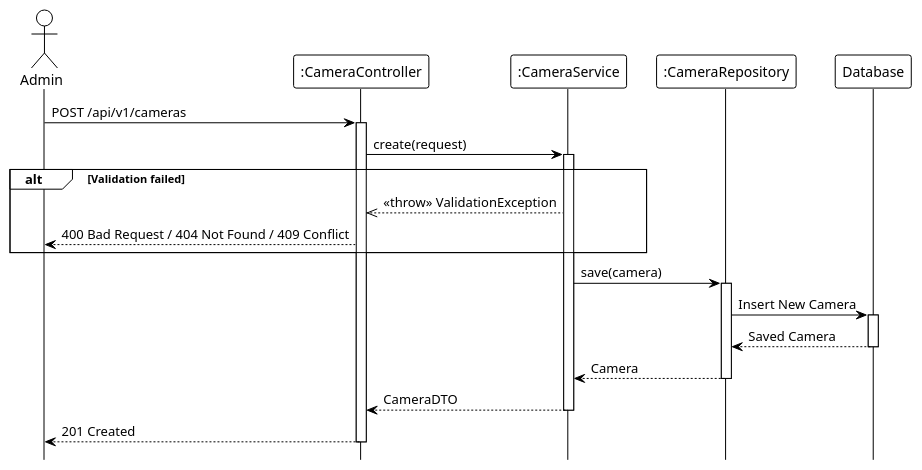
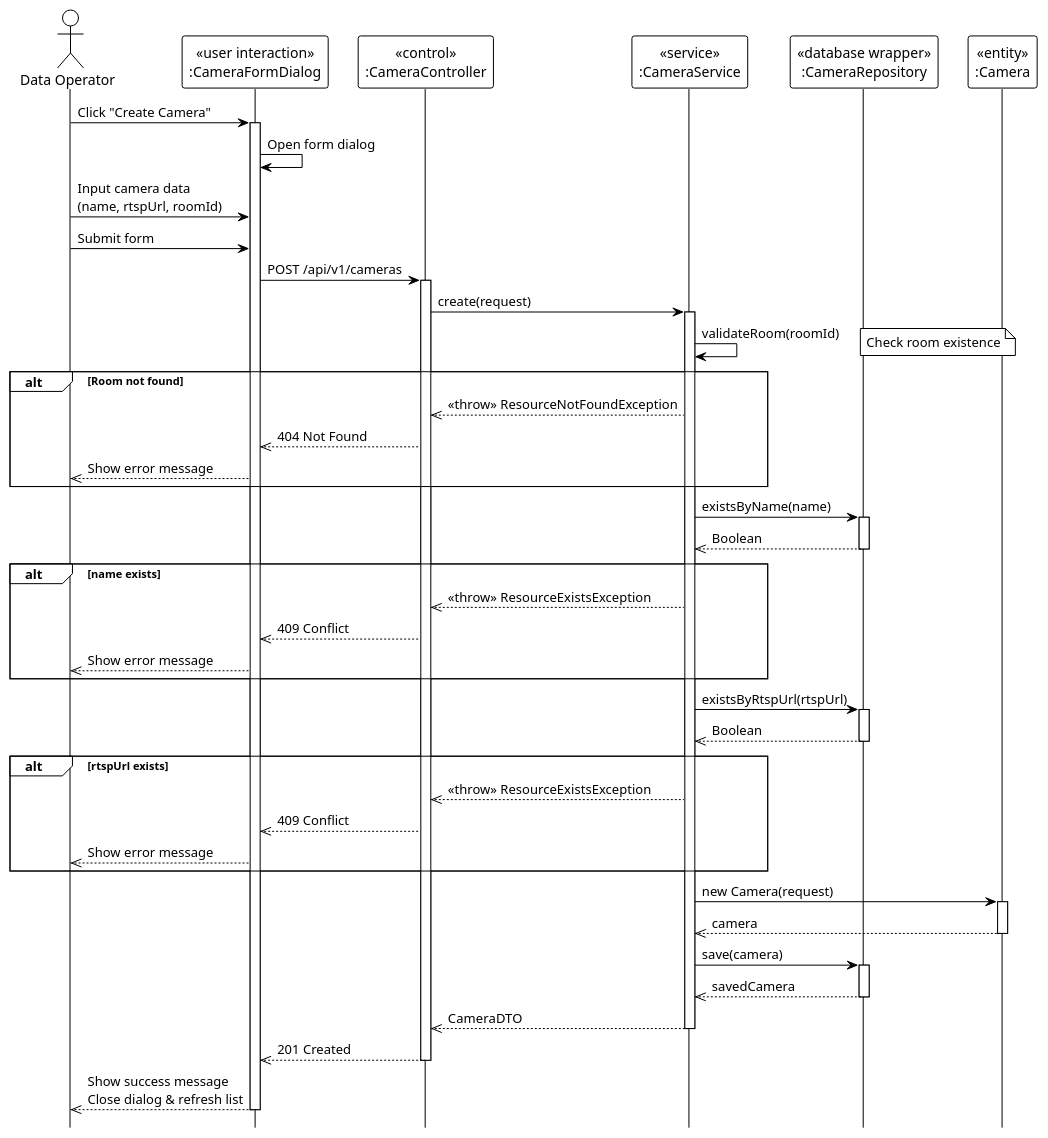
The diagram in system_detailed_design/63_create_camera/sequence_diagram_create_camera.puml (Ndh474/context), drawn with PlantUML before and after one commit. The commit also changed 6 other files, not shown here.

Commit message:
docs(system_detailed_design): add UML stereotypes to camera sequence diagrams

```diff
--- a/system_detailed_design/63_create_camera/sequence_diagram_create_camera.puml
+++ b/system_detailed_design/63_create_camera/sequence_diagram_create_camera.puml
@@ -1,42 +1,83 @@
 @startuml create_camera
 !theme plain
 hide footbox
 
-actor Admin
-participant ":CameraController" as Controller
-participant ":CameraService" as Service
-participant ":CameraRepository" as Repository
-participant "Database" as DB
+actor "Data Operator" as DataOperator
 
-' --- MAIN FLOW ---
-Admin -> Controller: POST /api/v1/cameras
+participant "«user interaction»\n:CameraFormDialog" as UI
+participant "«control»\n:CameraController" as Controller
+participant "«service»\n:CameraService" as Service
+participant "«database wrapper»\n:CameraRepository" as Repository
+participant "«entity»\n:Camera" as Entity
+
+' === MAIN FLOW ===
+DataOperator -> UI: Click "Create Camera"
+activate UI
+
+UI -> UI: Open form dialog
+
+DataOperator -> UI: Input camera data\n(name, rtspUrl, roomId)
+
+DataOperator -> UI: Submit form
+UI -> Controller: POST /api/v1/cameras
 activate Controller
 
 Controller -> Service: create(request)
 activate Service
 
-' Validation logic (internal: room validation, name/RTSP URL uniqueness)
+' === VALIDATION: ROOM EXISTS ===
+Service -> Service: validateRoom(roomId)
+note right: Check room existence
 
-alt Validation failed
-    Service -->> Controller: <<throw>> ValidationException
-    Controller --> Admin: 400 Bad Request / 404 Not Found / 409 Conflict
+alt Room not found
+    Service -->> Controller: <<throw>> ResourceNotFoundException
+    Controller -->> UI: 404 Not Found
+    UI -->> DataOperator: Show error message
 end
 
+' === VALIDATION: NAME UNIQUENESS ===
+Service -> Repository: existsByName(name)
+activate Repository
+Repository -->> Service: Boolean
+deactivate Repository
+
+alt name exists
+    Service -->> Controller: <<throw>> ResourceExistsException
+    Controller -->> UI: 409 Conflict
+    UI -->> DataOperator: Show error message
+end
+
+' === VALIDATION: RTSP URL UNIQUENESS ===
+Service -> Repository: existsByRtspUrl(rtspUrl)
+activate Repository
+Repository -->> Service: Boolean
+deactivate Repository
+
+alt rtspUrl exists
+    Service -->> Controller: <<throw>> ResourceExistsException
+    Controller -->> UI: 409 Conflict
+    UI -->> DataOperator: Show error message
+end
+
+' === CREATE ENTITY ===
+Service -> Entity: new Camera(request)
+activate Entity
+Entity -->> Service: camera
+deactivate Entity
+
+' === SAVE ===
 Service -> Repository: save(camera)
 activate Repository
-
-Repository -> DB: Insert New Camera
-activate DB
-DB --> Repository: Saved Camera
-deactivate DB
-
-Repository --> Service: Camera
+Repository -->> Service: savedCamera
 deactivate Repository
 
-Service --> Controller: CameraDTO
+Service -->> Controller: CameraDTO
 deactivate Service
 
-Controller --> Admin: 201 Created
+Controller -->> UI: 201 Created
 deactivate Controller
 
+UI -->> DataOperator: Show success message\nClose dialog & refresh list
+deactivate UI
+
 @enduml
```
